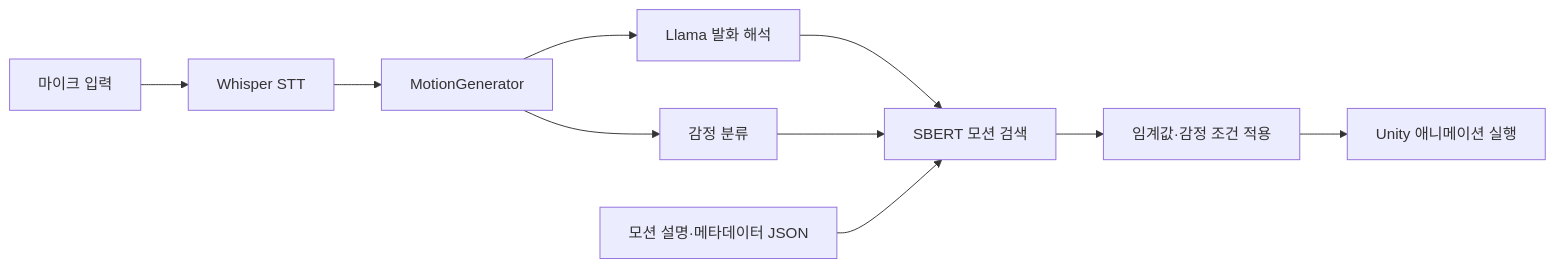
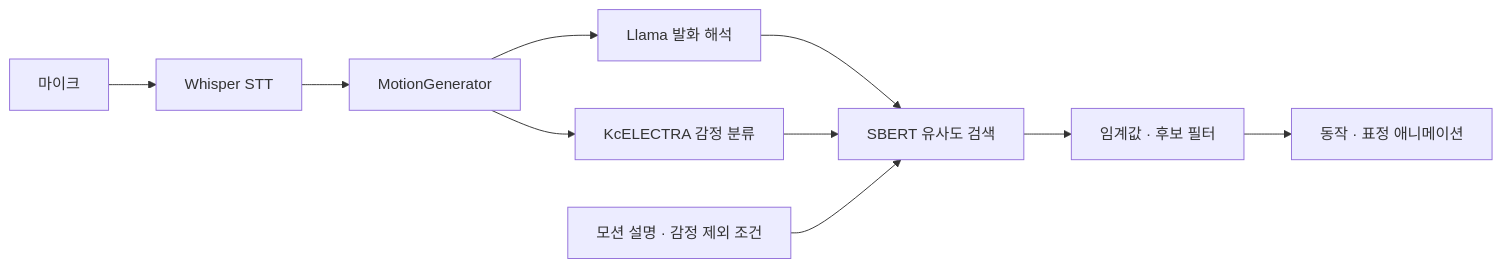
One commit to chanrhan/Metamong changed the second of 2 diagrams in README.md. Above: the diagram before and after it, drawn with Mermaid. The commit also changed other lines of this file, not shown here.

Commit message:
docs: 전체 기능과 Unity 호스트 구조 중심으로 README 개편

````diff
--- a/README.md
+++ b/README.md
@@ -18,12 +66,12 @@
 ```mermaid
 flowchart LR
-    A[마이크 입력] --> B[Whisper STT]
-    B --> C[MotionGenerator]
-    C --> D[Llama 발화 해석]
-    C --> E[감정 분류]
-    D --> F[SBERT 모션 검색]
-    E --> F
-    G[모션 설명·메타데이터 JSON] --> F
-    F --> H[임계값·감정 조건 적용]
-    H --> I[Unity 애니메이션 실행]
+    Mic[마이크] --> STT[Whisper STT]
+    STT --> Generator[MotionGenerator]
+    Generator --> LLM[Llama 발화 해석]
+    Generator --> Emotion[KcELECTRA 감정 분류]
+    LLM --> Match[SBERT 유사도 검색]
+    Emotion --> Match
+    Data[모션 설명 · 감정 제외 조건] --> Match
+    Match --> Select[임계값 · 후보 필터]
+    Select --> Animation[동작 · 표정 애니메이션]
 ```
````
